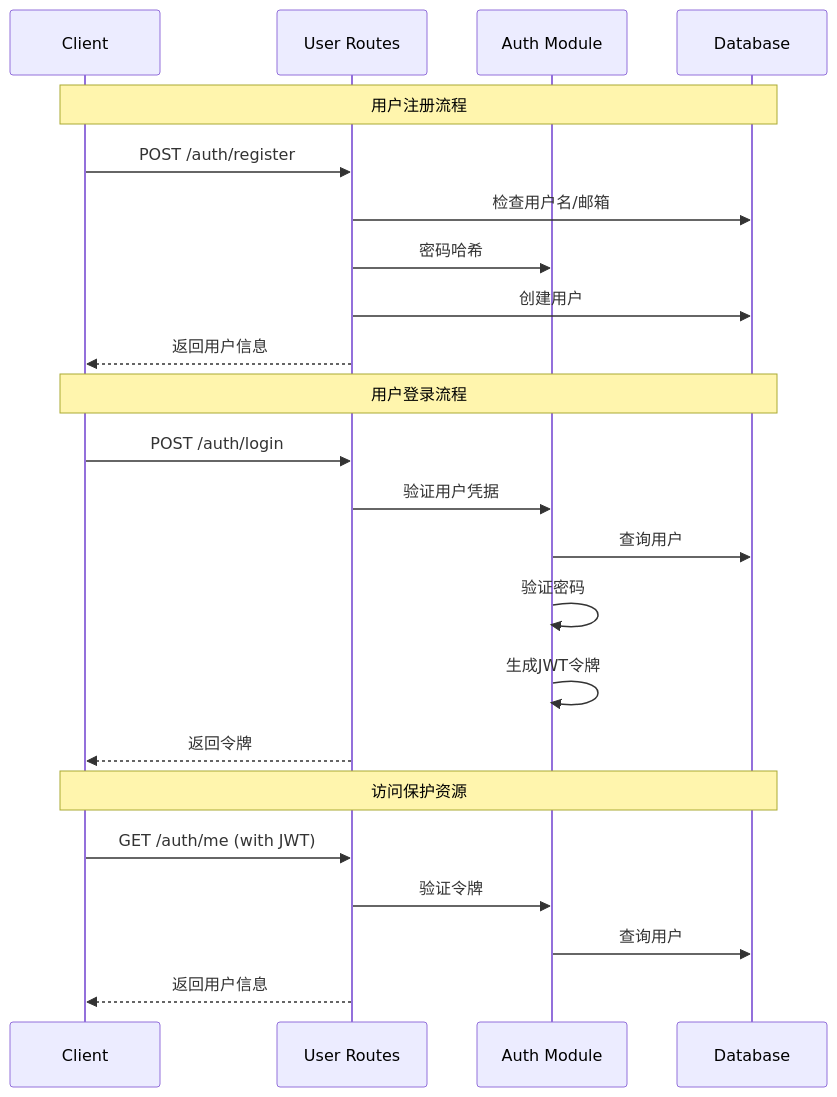
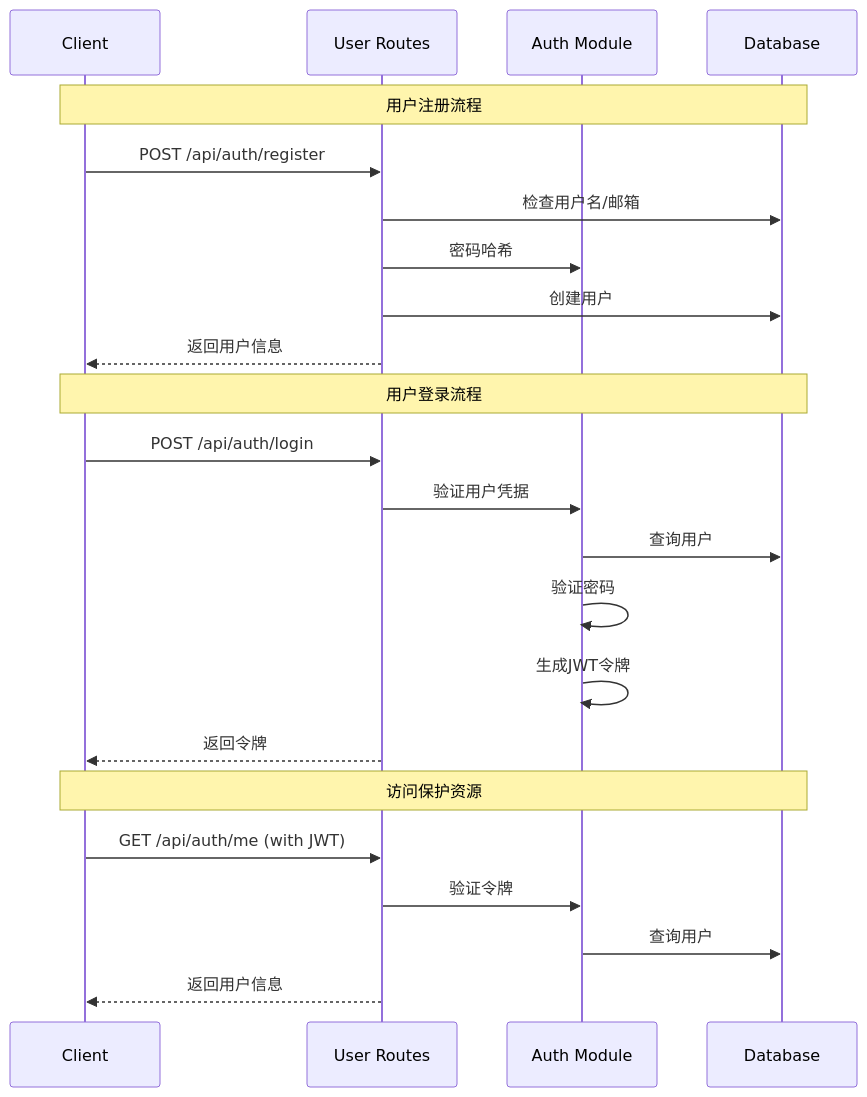
Before and after one commit to HaoranTong/ecommerce_platform: the second of 2 diagrams in docs/modules/user-auth/api-implementation.md, drawn with Mermaid. The commit also changed other lines of this file, not shown here.

First line of the commit message:
docs: update user authentication API implementation endpoints

````diff
--- a/docs/modules/user-auth/api-implementation.md
+++ b/docs/modules/user-auth/api-implementation.md
@@ -60,28 +60,28 @@
 ```mermaid
 sequenceDiagram
     participant C as Client
     participant R as User Routes
     participant A as Auth Module
     participant D as Database
     
     Note over C,D: 用户注册流程
-    C->>R: POST /auth/register
+    C->>R: POST /api/auth/register
     R->>D: 检查用户名/邮箱
     R->>A: 密码哈希
     R->>D: 创建用户
     R-->>C: 返回用户信息
     
     Note over C,D: 用户登录流程
-    C->>R: POST /auth/login
+    C->>R: POST /api/auth/login
     R->>A: 验证用户凭据
     A->>D: 查询用户
     A->>A: 验证密码
     A->>A: 生成JWT令牌
     R-->>C: 返回令牌
     
     Note over C,D: 访问保护资源
-    C->>R: GET /auth/me (with JWT)
+    C->>R: GET /api/auth/me (with JWT)
     R->>A: 验证令牌
     A->>D: 查询用户
     R-->>C: 返回用户信息
 ```
````
